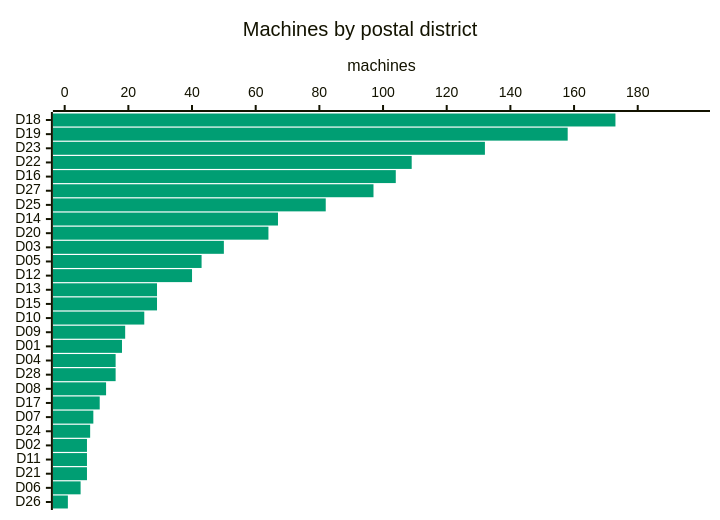
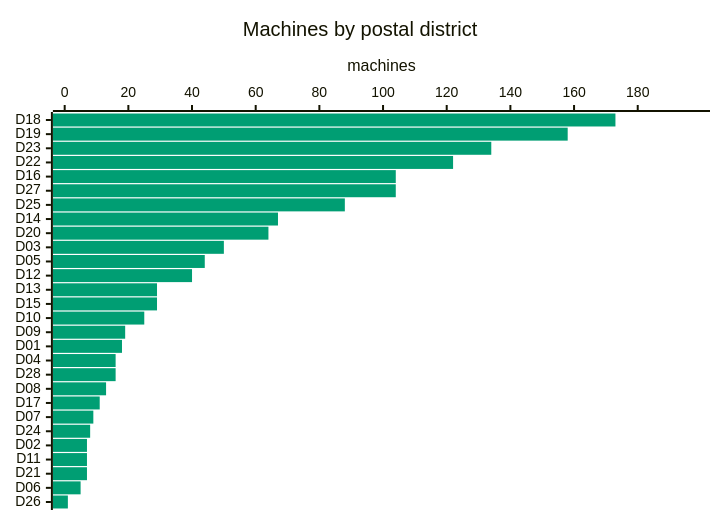
Before and after one commit to cheeaun/returnright-data: the third of 5 diagrams in ANALYSIS.md, drawn with Mermaid. The commit also changed other lines of this file and 3 other files, not shown here.

````diff
--- a/ANALYSIS.md
+++ b/ANALYSIS.md
@@ -82,16 +82,16 @@
 ```mermaid
 ---
 config:
   themeVariables:
     xyChart:
       plotColorPalette: "#009E73"
   xyChart:
     chartOrientation: "horizontal"
     plotReservedSpacePercent: 40
 ---
 xychart-beta
     title "Machines by postal district"
     x-axis ["D18", "D19", "D23", "D22", "D16", "D27", "D25", "D14", "D20", "D03", "D05", "D12", "D13", "D15", "D10", "D09", "D01", "D04", "D28", "D08", "D17", "D07", "D24", "D02", "D11", "D21", "D06", "D26"]
     y-axis "machines" 0 --> 199
-    bar [173, 158, 132, 109, 104, 97, 82, 67, 64, 50, 43, 40, 29, 29, 25, 19, 18, 16, 16, 13, 11, 9, 8, 7, 7, 7, 5, 1]
+    bar [173, 158, 134, 122, 104, 104, 88, 67, 64, 50, 44, 40, 29, 29, 25, 19, 18, 16, 16, 13, 11, 9, 8, 7, 7, 7, 5, 1]
 ```
````
